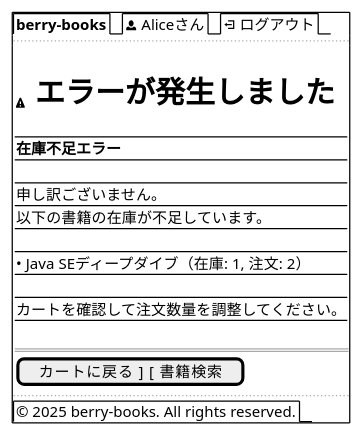
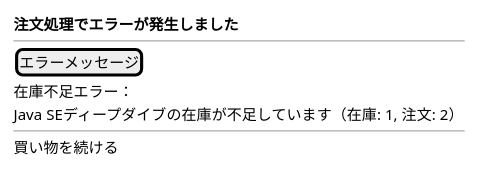
One commit to KenyaSaitoh/ai_dev_training_202512 changed the third of 3 diagrams in projects/java/berry-books-mvc-sdd/specs/baseline/features/F_003_order_processing/screen_design.md. Above: the diagram before and after it, drawn with PlantUML. The commit also changed other lines of this file and 99 other files, not shown here.

````diff
--- a/projects/java/berry-books-mvc-sdd/specs/baseline/features/F_003_order_processing/screen_design.md
+++ b/projects/java/berry-books-mvc-sdd/specs/baseline/features/F_003_order_processing/screen_design.md
@@ -142,28 +118,13 @@
 ```plantuml
 @startsalt
-{+
-  {/ <b>berry-books</b> | <&person> Aliceさん | <&account-logout> ログアウト }
-  ..
-  {
-    .
-    <&warning><size:24> <b>エラーが発生しました</b>
-    .
-    {-
-      <b>在庫不足エラー</b>
-      .
-      申し訳ございません。
-      以下の書籍の在庫が不足しています。
-      .
-      • Java SEディープダイブ（在庫: 1, 注文: 2）
-      .
-      カートを確認して注文数量を調整してください。
-    }
-    .
-    ==
-    [  カートに戻る  ]  [  書籍検索  ]
-  }
-  ..
-  {/ © 2025 berry-books. All rights reserved. }
+{
+  <b>注文処理でエラーが発生しました</b>
+  --
+  [エラーメッセージ]
+  在庫不足エラー：
+  Java SEディープダイブの在庫が不足しています（在庫: 1, 注文: 2）
+  --
+  買い物を続ける
 }
 @endsalt
 ```
````
